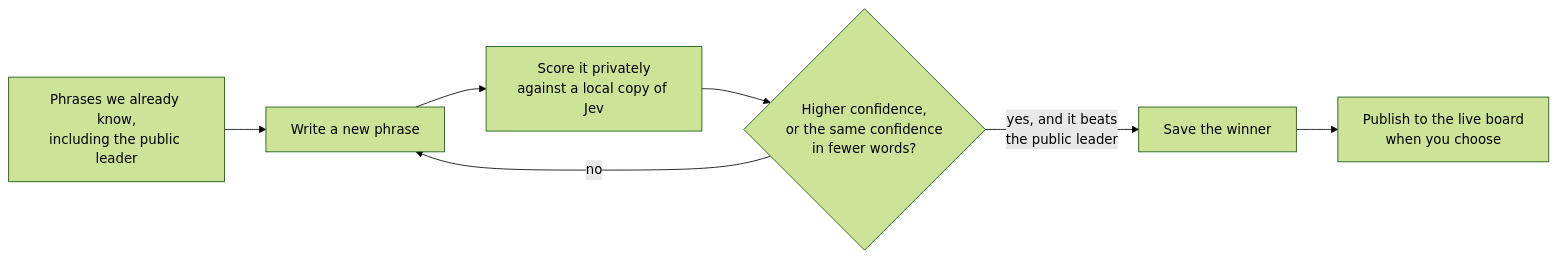
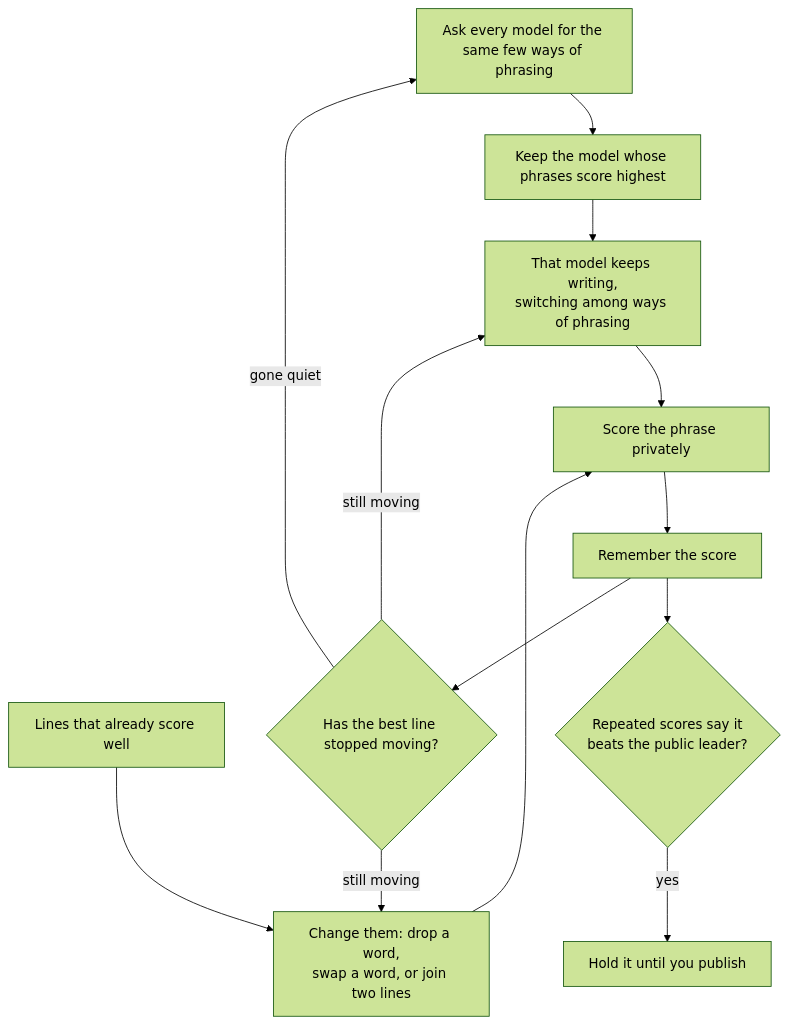
Before and after one commit to itsamejoshab/jevlab: the second of 2 diagrams in README.md, drawn with Mermaid (forest theme). The commit also changed other lines of this file and 15 other files, not shown here.

First line of the commit message:
Probe the generator pool once per question and keep the model that scores.

````diff
--- a/README.md
+++ b/README.md
@@ -42,9 +50,15 @@
 ```mermaid
-flowchart LR
-    SEED["Phrases we already know,<br/>including the public leader"] --> TRY["Write a new phrase"]
-    TRY --> SCORE["Score it privately<br/>against a local copy of Jev"]
-    SCORE --> KEEP{"Higher confidence,<br/>or the same confidence<br/>in fewer words?"}
-    KEEP -- "yes, and it beats<br/>the public leader" --> VAULT["Save the winner"]
-    KEEP -- "no" --> TRY
-    VAULT --> PUB["Publish to the live board<br/>when you choose"]
+flowchart TB
+    ASK["Ask every model for the same few ways of phrasing"] --> PICK["Keep the model whose phrases score highest"]
+    PICK --> WRITE["That model keeps writing,\nswitching among ways of phrasing"]
+    KNOWN["Lines that already score well"] --> EDIT["Change them: drop a word,<br/>swap a word, or join two lines"]
+    WRITE --> SCORE["Score the phrase privately"]
+    EDIT --> SCORE
+    SCORE --> REMEMBER["Remember the score"]
+    REMEMBER --> HOLD{"Repeated scores say it<br/>beats the public leader?"}
+    HOLD -- yes --> PUB["Hold it until you publish"]
+    REMEMBER --> QUIET{"Has the best line stopped moving?"}
+    QUIET -- "still moving" --> WRITE
+    QUIET -- "still moving" --> EDIT
+    QUIET -- "gone quiet" --> ASK
 ```
````
